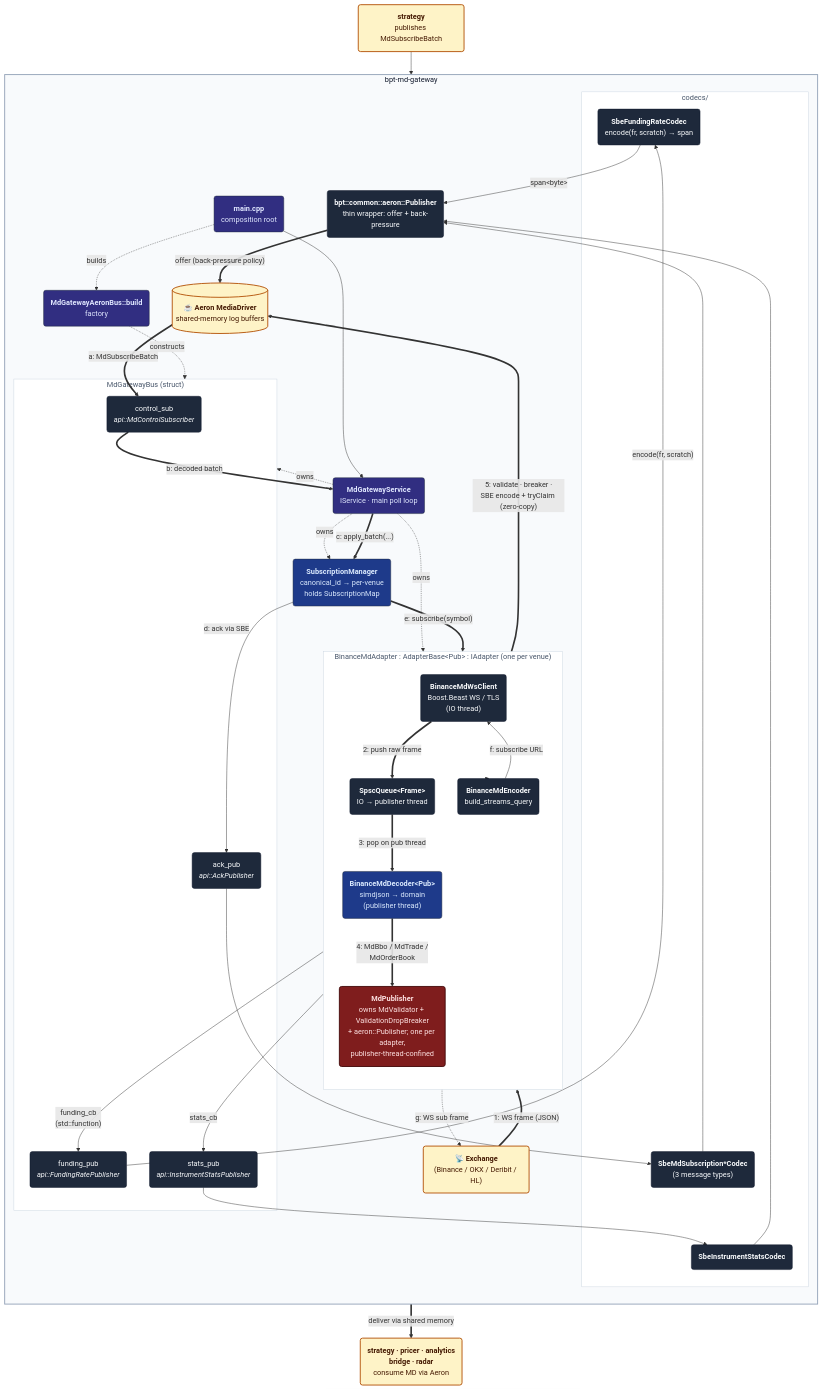
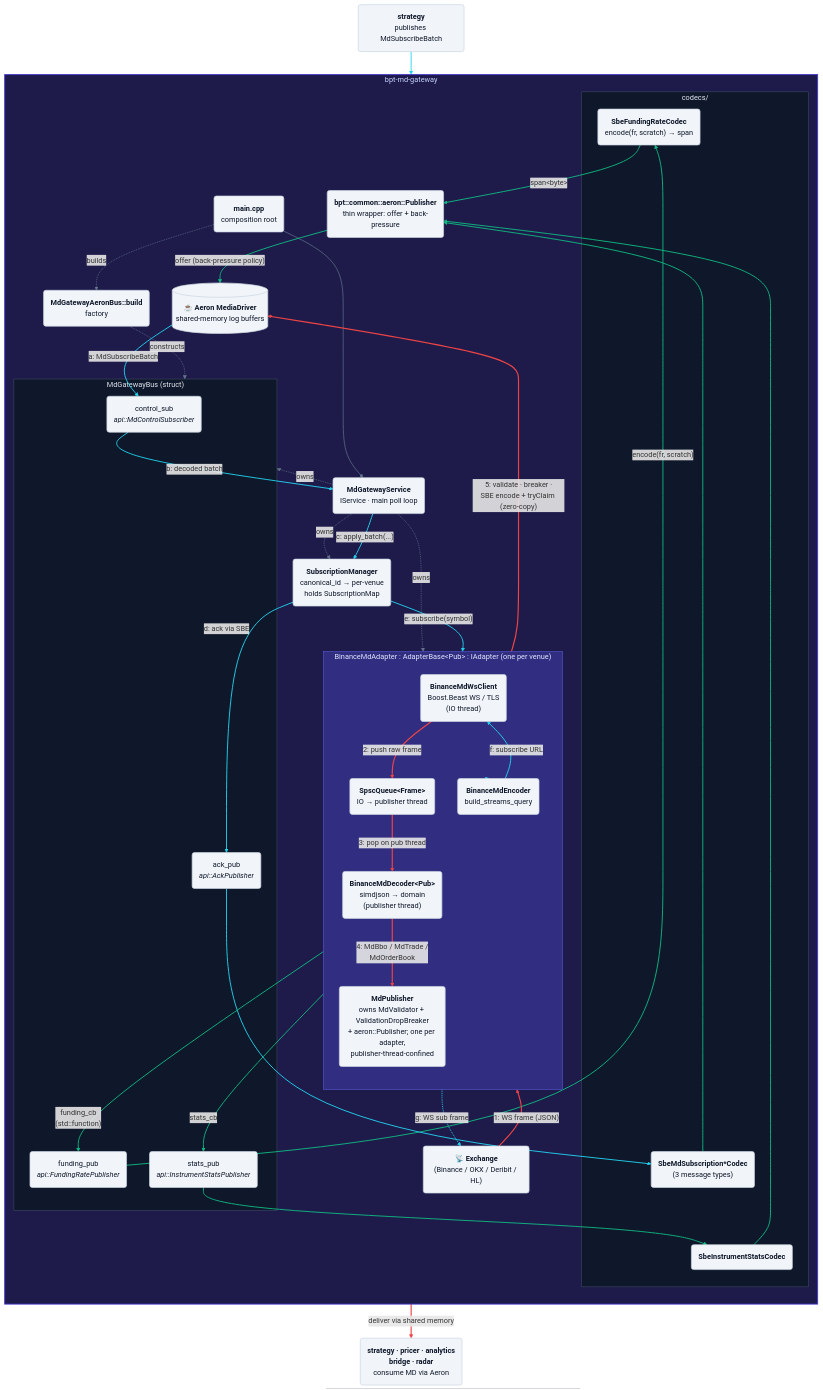
The second of 2 diagrams in bpt-md-gateway/README.md (bishanparktrading/bpt-core), drawn with Mermaid before and after one commit. The commit also changed other lines of this file, not shown here.

Commit message:
mdgw: detailed-flow diagram — apply trading-terminal palette
Same palette as the redesigned at-a-glance: off-white "data card"
nodes on dark slate/indigo swimlanes, IBM Plex Sans, linear edges.
Edge colour now carries the semantic load via linkStyle —
slate = composition, red = hot tick path, emerald = slow path,
cyan = control/ack — replacing the old five-classDef-by-node-role
palette. Arrow weights (==> / --> / -.->) and labels preserved for
visual differentiation and step numbering.

Updated legend matches the at-a-glance scheme; venue-specific
control-path narrative preserved below.

````diff
--- a/bpt-md-gateway/README.md
+++ b/bpt-md-gateway/README.md
@@ -102,16 +102,11 @@
 %%{init: {
   'theme': 'base',
   'flowchart': {
-    'defaultRenderer': 'elk',
-    'curve': 'step'
+    'curve': 'linear'
   },
   'themeVariables': {
-    'fontFamily': '"SF Mono", "JetBrains Mono", Consolas, monospace',
-    'fontSize': '13px',
-    'lineColor': '#475569',
-    'primaryColor': '#1e293b',
-    'primaryTextColor': '#f8fafc',
-    'primaryBorderColor': '#0f172a'
+    'fontFamily': '"IBM Plex Sans", "Inter", "Helvetica Neue", Arial, sans-serif',
+    'fontSize': '13px'
   }
 }}%%
 flowchart TD
@@ -190,20 +185,22 @@
     aeron ==>|"deliver via shared memory"| consumers
     strat_in --> aeron
 
-    classDef external fill:#fef3c7,stroke:#b45309,stroke-width:2px,color:#451a03
-    classDef hot fill:#7f1d1d,stroke:#450a0a,stroke-width:2px,color:#fee2e2
-    classDef domain fill:#1e3a8a,stroke:#1e293b,stroke-width:1px,color:#dbeafe
-    classDef component fill:#1e293b,stroke:#0f172a,stroke-width:1px,color:#f8fafc
-    classDef factory fill:#312e81,stroke:#1e293b,stroke-width:1px,color:#e0e7ff
+    %% Edge palette — same scheme as the at-a-glance diagram above
+    %%   composition / lifetime (edges 0–5) — slate
+    %%   hot tick path           (edges 6–10, 28) — red
+    %%   slow path               (edges 11–16, 26–27) — emerald
+    %%   control / ack           (edges 17–25, 29) — cyan
+    linkStyle 0,1,2,3,4,5 stroke:#64748b,stroke-width:1.5px,fill:none
+    linkStyle 6,7,8,9,10,28 stroke:#ef4444,stroke-width:2.5px,fill:none
+    linkStyle 11,12,13,14,15,16,26,27 stroke:#10b981,stroke-width:2px,fill:none
+    linkStyle 17,18,19,20,21,22,23,24,25,29 stroke:#22d3ee,stroke-width:2px,fill:none
 
-    class venue,strat_in,consumers,aeron external
-    class md_pub hot
-    class decoder,sub_mgr domain
-    class ctrl_sub,ack_pub,funding_pub,stats_pub,ws_client,queue,encoder,sbe_funding,sbe_stats,sbe_ack,common_pub component
-    class main,service,factory factory
+    %% Off-white "data card" stadium nodes + dark slate/indigo swimlanes (trading-terminal palette)
+    classDef node fill:#f1f5f9,stroke:#cbd5e1,stroke-width:1.5px,color:#0f172a
+    class venue,strat_in,consumers,aeron,md_pub,decoder,sub_mgr,ctrl_sub,ack_pub,funding_pub,stats_pub,ws_client,queue,encoder,sbe_funding,sbe_stats,sbe_ack,common_pub,main,service,factory node
 
-    style mdgw fill:#f8fafc,stroke:#94a3b8,stroke-width:2px,color:#0f172a
-    style bus fill:#ffffff,stroke:#cbd5e1,stroke-width:1px,color:#475569
-    style adapter fill:#ffffff,stroke:#cbd5e1,stroke-width:1px,color:#475569
-    style codecs fill:#ffffff,stroke:#cbd5e1,stroke-width:1px,color:#475569
+    style mdgw fill:#1e1b4b,stroke:#4338ca,stroke-width:2px,color:#c7d2fe
+    style bus fill:#0f172a,stroke:#475569,stroke-width:1px,color:#e2e8f0
+    style adapter fill:#312e81,stroke:#6366f1,stroke-width:1px,color:#e0e7ff
+    style codecs fill:#0f172a,stroke:#475569,stroke-width:1px,color:#e2e8f0
 ```
````
